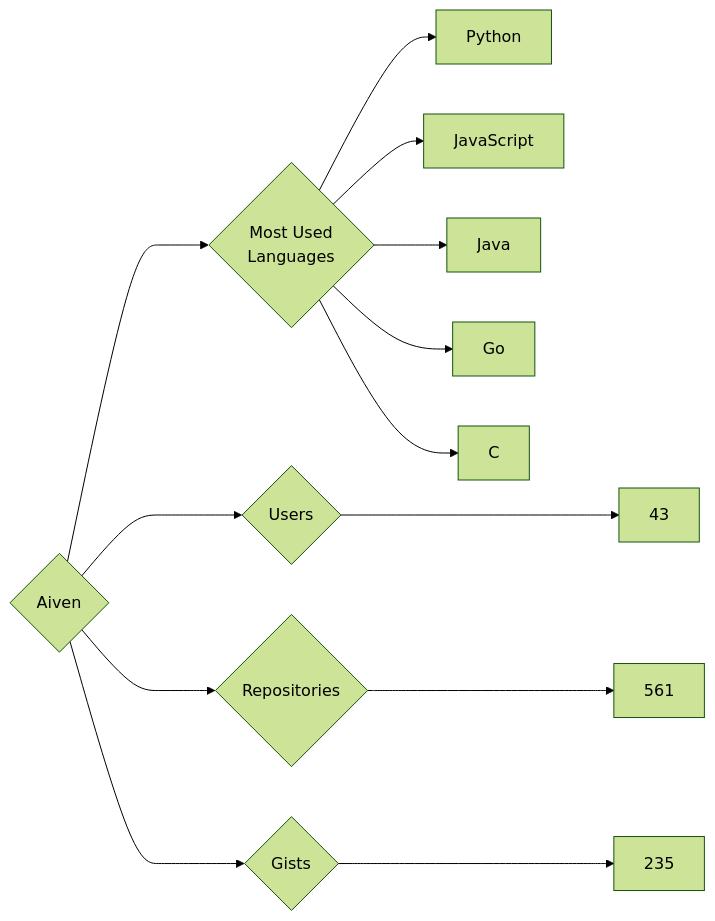
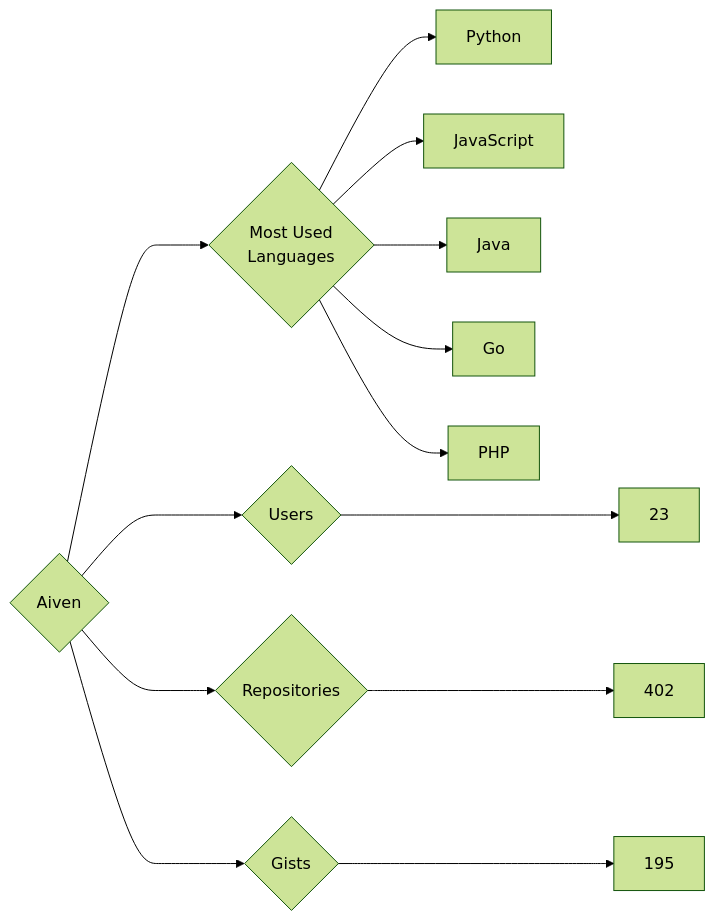
Before and after one commit to trickest/insiders: the diagram in targets/Aiven/README.md, drawn with Mermaid (forest theme). The commit also changed 965 other files, not shown here.

````diff
--- a/targets/Aiven/README.md
+++ b/targets/Aiven/README.md
@@ -3,13 +3,13 @@
 ```mermaid
 graph LR
 COMPANY_NAME{Aiven}
-COMPANY_NAME ---> U{Users} ---> UN[43]
-COMPANY_NAME ---> R{Repositories} ---> RN[561]
-COMPANY_NAME ---> G{Gists} ---> GN[235]
+COMPANY_NAME ---> U{Users} ---> UN[23]
+COMPANY_NAME ---> R{Repositories} ---> RN[402]
+COMPANY_NAME ---> G{Gists} ---> GN[195]
 COMPANY_NAME ---> ML{Most Used<br>Languages}
 ML --> Python[Python]
 ML --> JavaScript[JavaScript]
 ML --> Java[Java]
 ML --> Go[Go]
-ML --> C[C]
+ML --> PHP[PHP]
 ```
````
